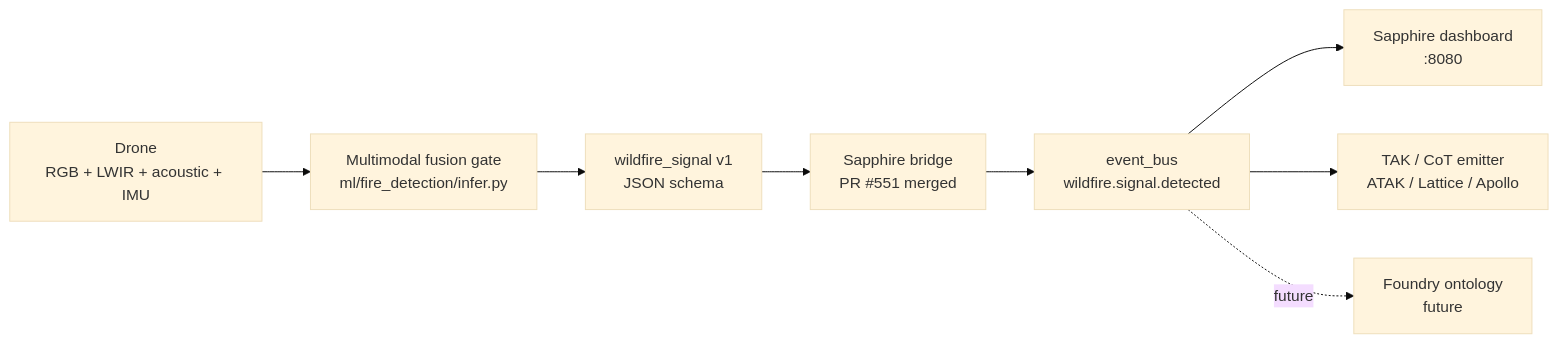
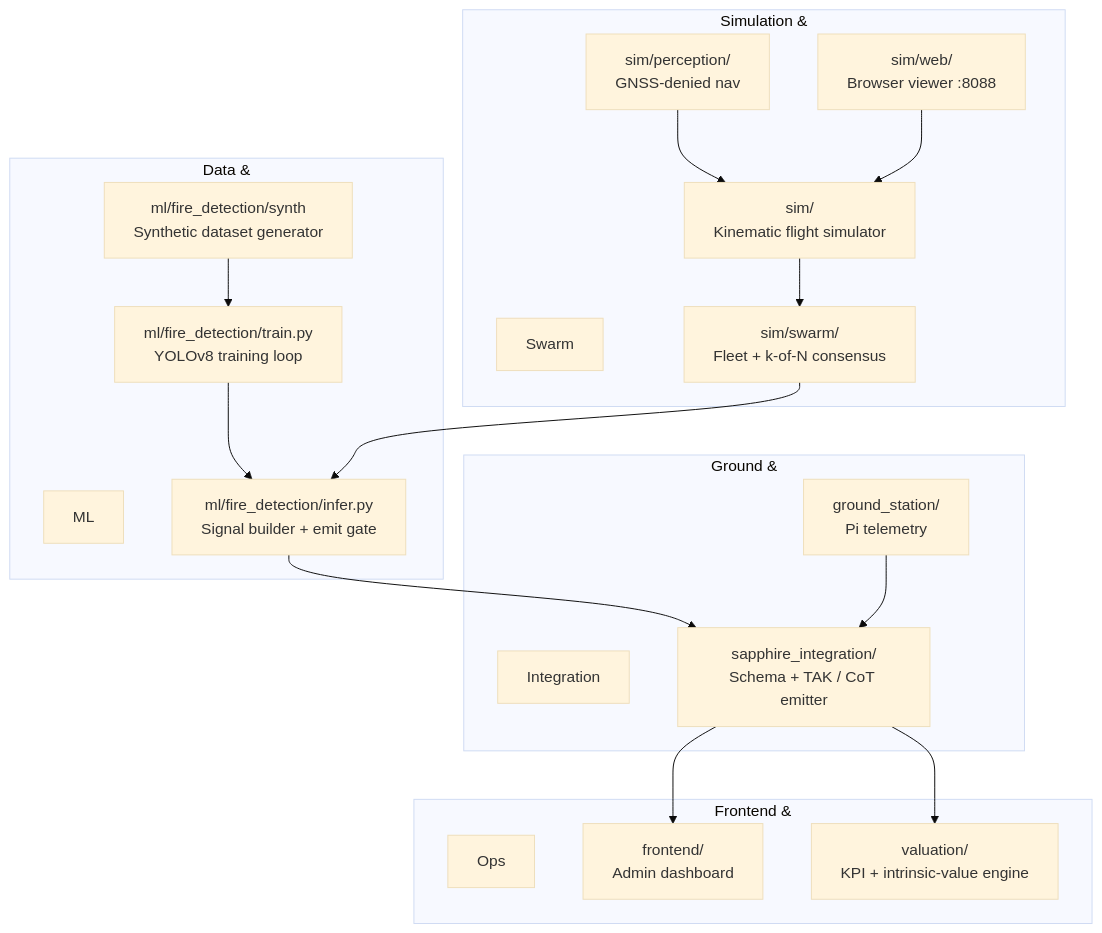
Before and after one commit to arigatoexpress/wildfire-watch: the diagram in README.md, drawn with Mermaid (base theme). The commit also changed other lines of this file and 9 other files, not shown here.

````diff
--- a/README.md
+++ b/README.md
@@ -75,16 +75,34 @@
 ```mermaid
-flowchart LR
-    Drone[Drone<br/>RGB + LWIR + acoustic + IMU]
-    Fusion[Multimodal fusion gate<br/>ml/fire_detection/infer.py]
-    Schema[wildfire_signal v1<br/>JSON schema]
-    Bridge[Sapphire bridge<br/>PR #551 merged]
-    EventBus[event_bus<br/>wildfire.signal.detected]
-    Dash[Sapphire dashboard<br/>:8080]
-    TAK[TAK / CoT emitter<br/>ATAK / Lattice / Apollo]
-    Foundry[Foundry ontology<br/>future]
+graph TB
+    subgraph Data &amp; ML
+        SYNTH[ml/fire_detection/synth<br/>Synthetic dataset generator]
+        TRAIN[ml/fire_detection/train.py<br/>YOLOv8 training loop]
+        INFER[ml/fire_detection/infer.py<br/>Signal builder + emit gate]
+    end
 
-    Drone --> Fusion --> Schema --> Bridge --> EventBus
-    EventBus --> Dash
-    EventBus --> TAK
-    EventBus -.future.-> Foundry
+    subgraph Simulation &amp; Swarm
+        SIM[sim/<br/>Kinematic flight simulator]
+        SWARM[sim/swarm/<br/>Fleet + k-of-N consensus]
+        PERC[sim/perception/<br/>GNSS-denied nav]
+        WEBV[sim/web/<br/>Browser viewer :8088]
+    end
+
+    subgraph Ground &amp; Integration
+        GS[ground_station/<br/>Pi telemetry]
+        SAPP[sapphire_integration/<br/>Schema + TAK / CoT emitter]
+    end
+
+    subgraph Frontend &amp; Ops
+        FE[frontend/<br/>Admin dashboard]
+        VAL[valuation/<br/>KPI + intrinsic-value engine]
+    end
+
+    SYNTH --> TRAIN --> INFER
+    SIM --> SWARM --> INFER
+    PERC --> SIM
+    INFER --> SAPP
+    GS --> SAPP
+    SAPP --> FE
+    SAPP --> VAL
+    WEBV --> SIM
 ```
````
